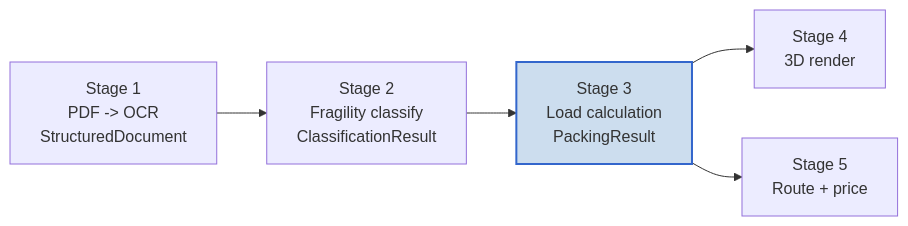
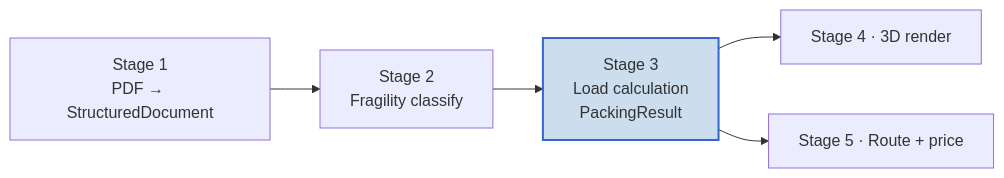
The first of 4 diagrams in shafs/docs/stage3-explained.md (theShafCodes/logiVShaf), drawn with Mermaid before and after one commit. The commit also changed other lines of this file and 60 other files, not shown here.

````diff
--- a/shafs/docs/stage3-explained.md
+++ b/shafs/docs/stage3-explained.md
@@ -28,8 +29,8 @@
 ```mermaid
 flowchart LR
-    A["Stage 1<br/>PDF -> OCR<br/>StructuredDocument"] --> B["Stage 2<br/>Fragility classify<br/>ClassificationResult"]
+    A["Stage 1<br/>PDF → StructuredDocument"] --> B["Stage 2<br/>Fragility classify"]
     B --> C["Stage 3<br/>Load calculation<br/>PackingResult"]
-    C --> D["Stage 4<br/>3D render"]
-    C --> E["Stage 5<br/>Route + price"]
+    C --> D["Stage 4 · 3D render"]
+    C --> E["Stage 5 · Route + price"]
     style C fill:#cde,stroke:#36c,stroke-width:2px
 ```
````
